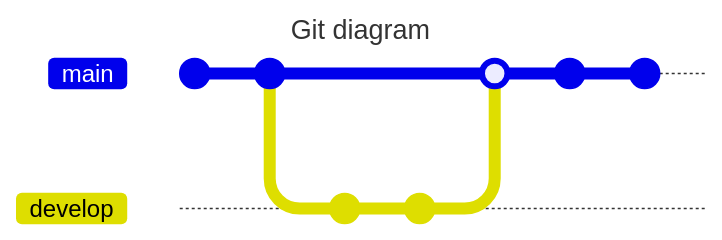
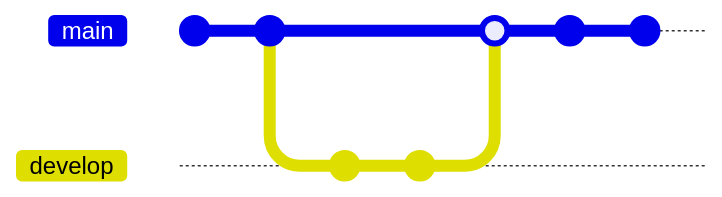
Before and after one commit to biopyladies/github: the first of 2 diagrams in README.md, drawn with Mermaid. The commit also changed other lines of this file, not shown here. Commit ids are hidden.

````diff
--- a/README.md
+++ b/README.md
@@ -9,16 +9,13 @@
 ```mermaid
----
-title: Git diagram
----
 gitGraph
    commit
    commit
    branch develop
    checkout develop
    commit
    commit
    checkout main
    merge develop
    commit
    commit
 ```
````
